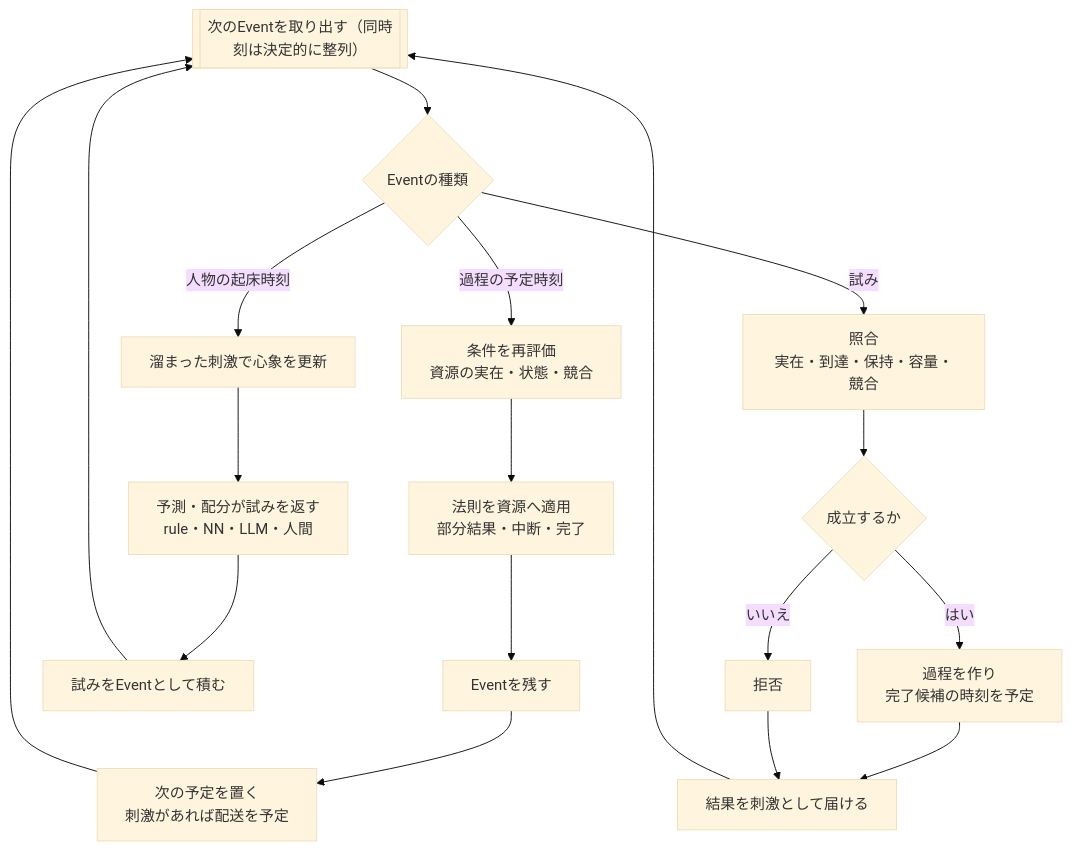
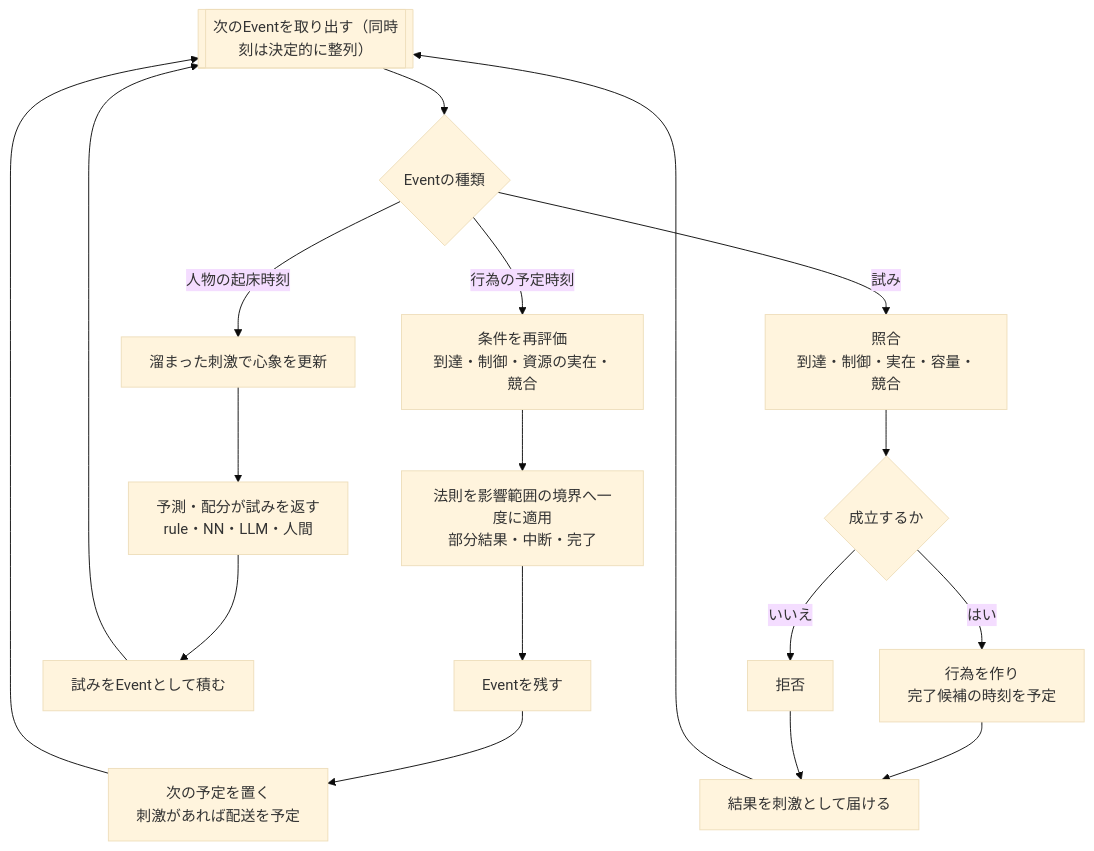
One commit to demerzel09/Medieval-Simulator changed the third of 3 diagrams in docs/DESIGN.md. Above: the diagram before and after it, drawn with Mermaid (base theme). The commit also changed other lines of this file and 2 other files, not shown here.

````diff
--- a/docs/DESIGN.md
+++ b/docs/DESIGN.md
@@ -107,20 +98,20 @@
 ```mermaid
 flowchart TD
   Q[["次のEventを取り出す（同時刻は決定的に整列）"]] --> K{Eventの種類}
-  K -->|"過程の予定時刻"| A1["条件を再評価<br/>資源の実在・状態・競合"]
-  A1 --> A2["法則を資源へ適用<br/>部分結果・中断・完了"]
+  K -->|"行為の予定時刻"| A1["条件を再評価<br/>到達・制御・資源の実在・競合"]
+  A1 --> A2["法則を影響範囲の境界へ一度に適用<br/>部分結果・中断・完了"]
   A2 --> A3["Eventを残す"]
   A3 --> A4["次の予定を置く<br/>刺激があれば配送を予定"]
   A4 --> Q
   K -->|"人物の起床時刻"| B1["溜まった刺激で心象を更新"]
   B1 --> B2["予測・配分が試みを返す<br/>rule・NN・LLM・人間"]
   B2 --> B3["試みをEventとして積む"]
   B3 --> Q
-  K -->|"試み"| C1["照合<br/>実在・到達・保持・容量・競合"]
+  K -->|"試み"| C1["照合<br/>到達・制御・実在・容量・競合"]
   C1 --> C2{"成立するか"}
-  C2 -->|"はい"| C3["過程を作り<br/>完了候補の時刻を予定"]
+  C2 -->|"はい"| C3["行為を作り<br/>完了候補の時刻を予定"]
   C2 -->|"いいえ"| C5["拒否"]
   C3 --> C4["結果を刺激として届ける"]
   C5 --> C4
   C4 --> Q
 ```
````
